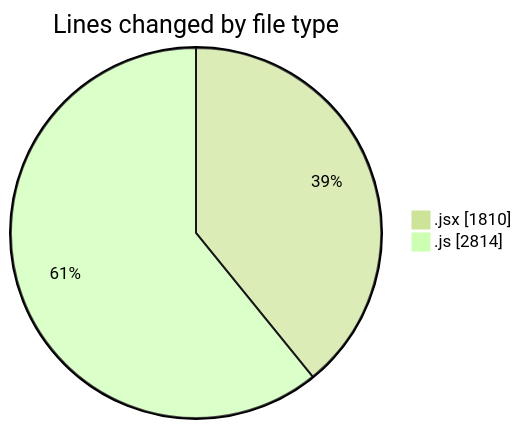
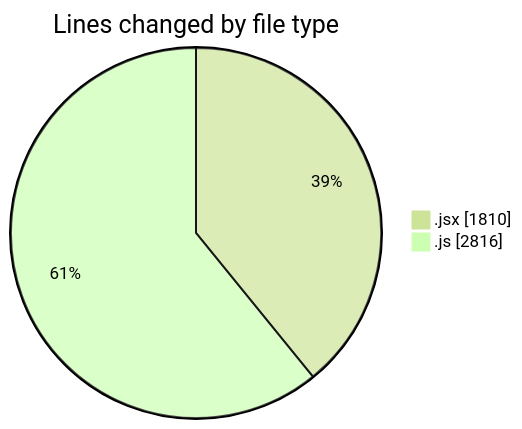
The first of 2 diagrams in 2025-11-07/nxtqube_webapp/README.md (nxtqubesakshisongat/code-tracking), drawn with Mermaid (forest theme) before and after one commit. The commit also changed other lines of this file and 1 other file, not shown here.

````diff
--- a/2025-11-07/nxtqube_webapp/README.md
+++ b/2025-11-07/nxtqube_webapp/README.md
@@ -27,6 +27,6 @@
 ```mermaid
 pie showData
 title Lines changed by file type
 ".jsx" : 1810
-".js" : 2814
+".js" : 2816
 ```
````
